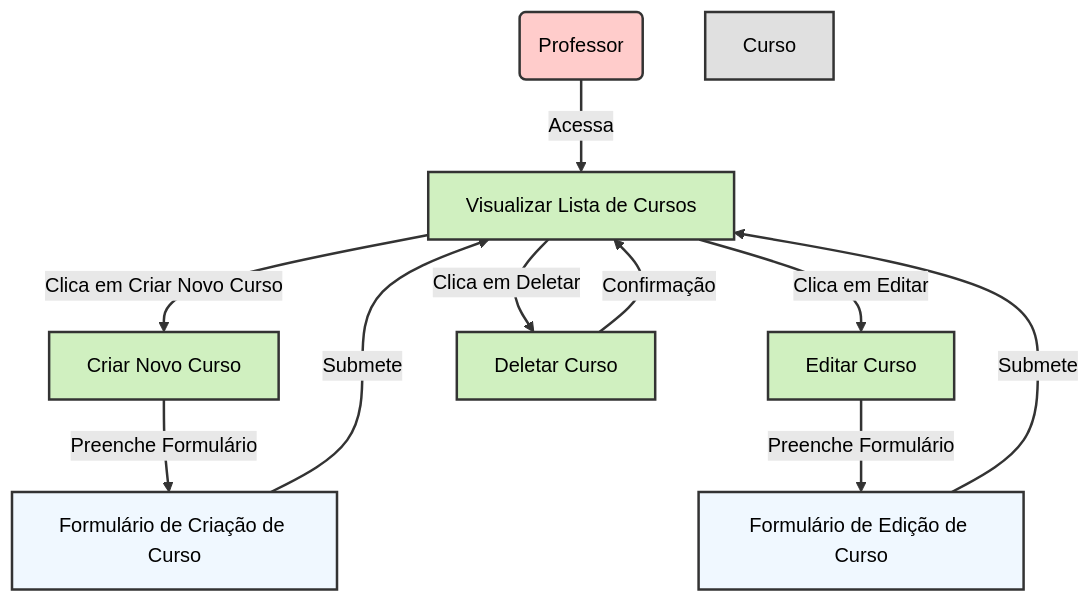
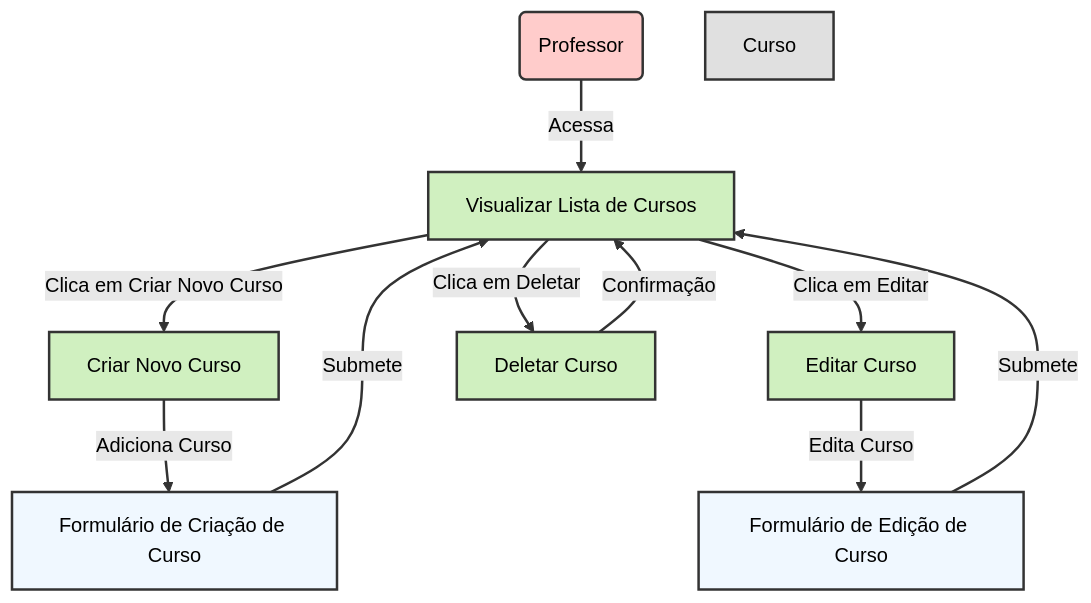
The sixth of 6 diagrams in README.md (Paiva8859/PlataformaEAD), drawn with Mermaid (forest theme) before and after one commit.

````diff
--- a/README.md
+++ b/README.md
@@ -158,51 +158,51 @@
 ```mermaid
 flowchart TD
     %% Definindo o Ator
     A1(Professor)
 
     %% Definindo as Ações
     P1[Visualizar Lista de Cursos]
     P2[Criar Novo Curso]
     P3[Editar Curso]
     P4[Deletar Curso]
 
     %% Definindo os Formulários
     F1[Formulário de Criação de Curso]
     F2[Formulário de Edição de Curso]
 
     %% Definindo os Cursos
     C1[Curso]
 
     %% Fluxo de Ações
     A1 -->|Acessa| P1
     P1 -->|Clica em Criar Novo Curso| P2
     P1 -->|Clica em Editar| P3
     P1 -->|Clica em Deletar| P4
 
-    P2 -->|Preenche Formulário| F1
-    P3 -->|Preenche Formulário| F2
+    P2 -->|Adiciona Curso| F1
+    P3 -->|Edita Curso| F2
 
     F1 -->|Submete| P1
     F2 -->|Submete| P1
 
     P4 -->|Confirmação| P1
 
     %% Estilizando o Ator
     classDef actor fill:#ffcccb,stroke:#333,stroke-width:2px,color:#000;
     class A1 actor;
 
     %% Estilizando as Ações
     classDef action fill:#d0f0c0,stroke:#333,stroke-width:2px,color:#000;
     class P1,P2,P3,P4 action;
 
     %% Estilizando os Formulários
     classDef form fill:#f0f8ff,stroke:#333,stroke-width:2px,color:#000;
     class F1,F2 form;
 
     %% Estilizando os Cursos
     classDef course fill:#e0e0e0,stroke:#333,stroke-width:2px,color:#000;
     class C1 course;
 
     %% Estilizando as Conexões
     linkStyle default stroke:#333,stroke-width:2px;
 ```
````
